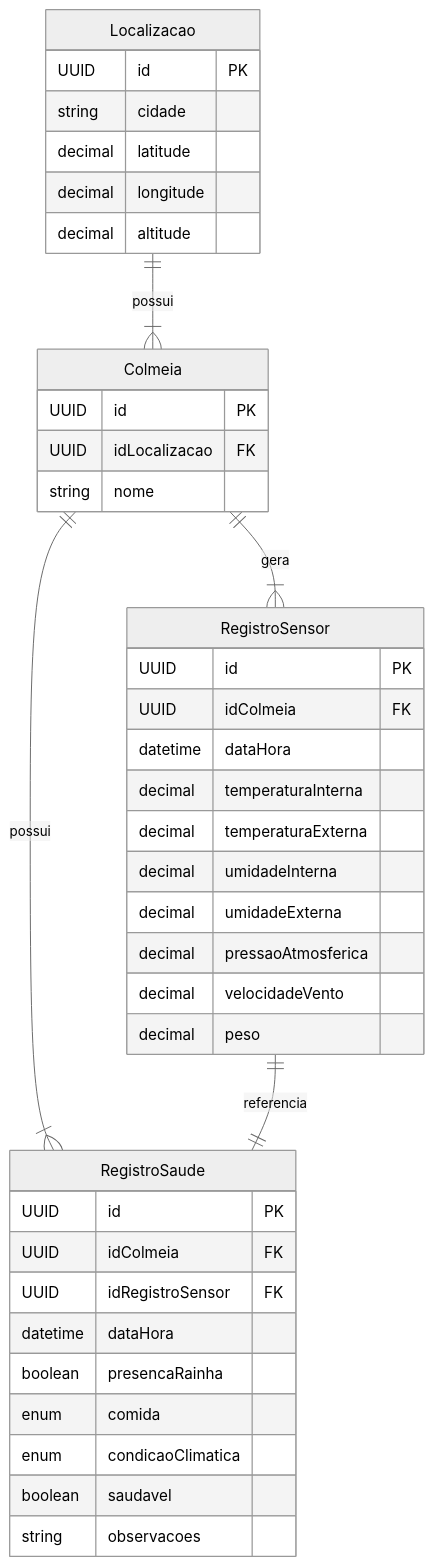
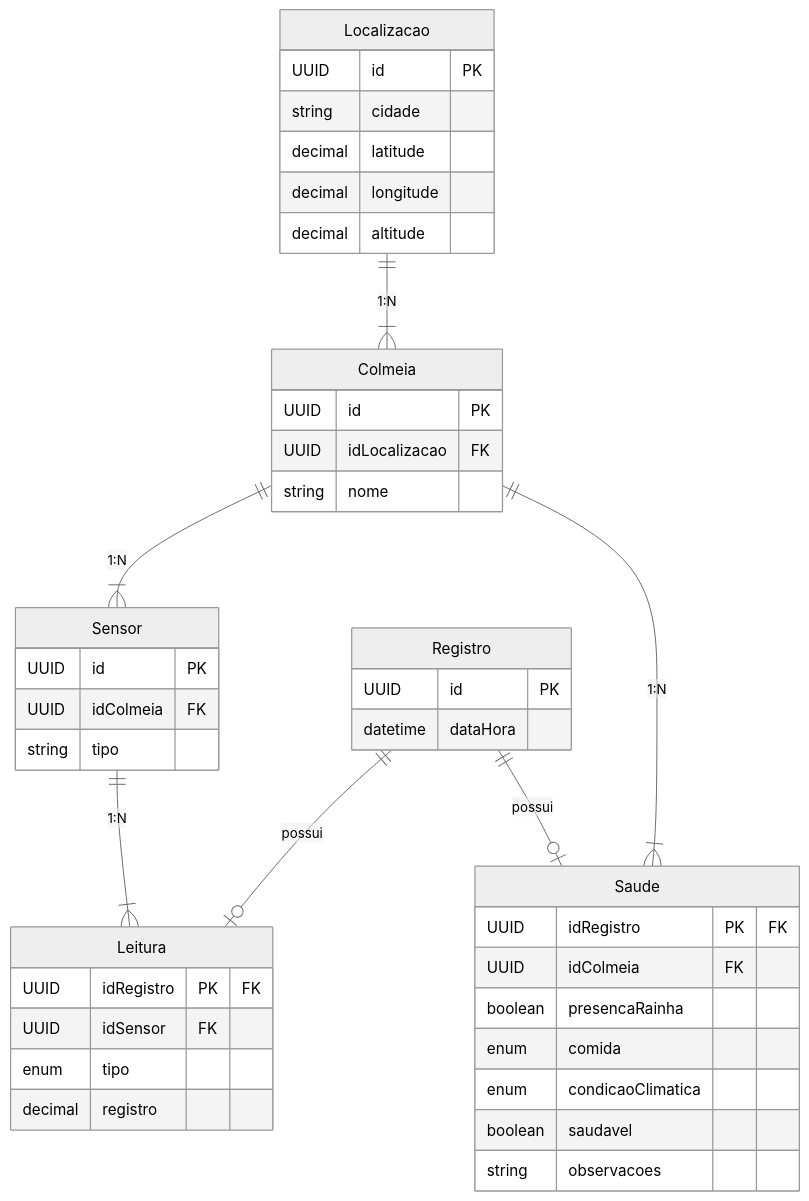
The diagram in registro-colmeia/documentacao/DiagramaMER.md (NataliaNogueira1/IniciacaoCientifica), drawn with Mermaid (neutral theme) before and after one commit.

Commit message:
Revise DiagramaMER to include new entities and relationships

````diff
--- a/registro-colmeia/documentacao/DiagramaMER.md
+++ b/registro-colmeia/documentacao/DiagramaMER.md
@@ -1,48 +1,61 @@
 ```mermaid
 erDiagram
 
     Localizacao {
         UUID id PK
         string cidade
         decimal latitude
         decimal longitude
         decimal altitude
     }
 
     Colmeia {
         UUID id PK
         UUID idLocalizacao FK
         string nome
     }
 
-    RegistroSensor {
+    Sensor {
         UUID id PK
         UUID idColmeia FK
-        datetime dataHora
-        decimal temperaturaInterna
-        decimal temperaturaExterna
-        decimal umidadeInterna
-        decimal umidadeExterna
-        decimal pressaoAtmosferica
-        decimal velocidadeVento
-        decimal peso
+        string tipo
     }
 
-    RegistroSaude {
+    Registro {
         UUID id PK
+        datetime dataHora
+    }
+
+    Leitura {
+        UUID idRegistro PK "FK"
+        UUID idSensor FK
+        enum tipo
+        decimal registro
+    }
+
+    Saude {
+        UUID idRegistro PK "FK"
         UUID idColmeia FK
-        UUID idRegistroSensor FK
-        datetime dataHora
         boolean presencaRainha
         enum comida
         enum condicaoClimatica
         boolean saudavel
         string observacoes
     }
 
-    Localizacao ||--|{ Colmeia : possui
-    Colmeia ||--|{ RegistroSensor : gera
-    Colmeia ||--|{ RegistroSaude : possui
-    RegistroSensor ||--|| RegistroSaude : referencia
+    Localizacao ||--|{ Colmeia : "1:N"
+    Colmeia ||--|{ Sensor : "1:N"
+    Sensor ||--|{ Leitura : "1:N"
+    Colmeia ||--|{ Saude : "1:N"
+    Registro ||--o| Leitura : possui
+    Registro ||--o| Saude : possui
 
+%% Opções de tipo de leitura
+%% decimal temperaturaInterna
+%% decimal temperaturaExterna
+%% decimal umidadeInterna
+%% decimal umidadeExterna
+%% decimal pressaoAtmosferica
+%% decimal velocidadeVento
+%% decimal peso
 ```
````
